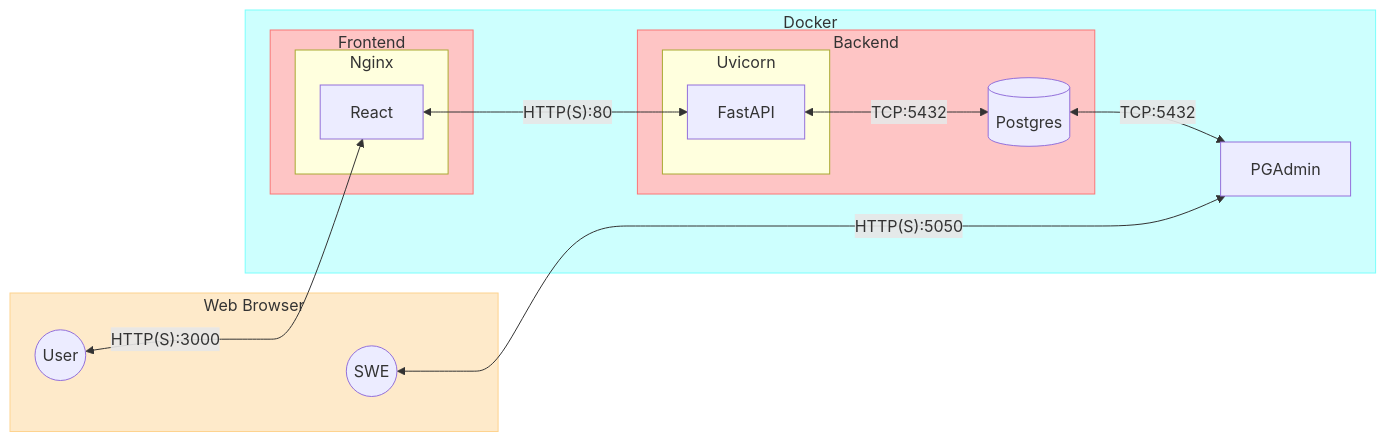
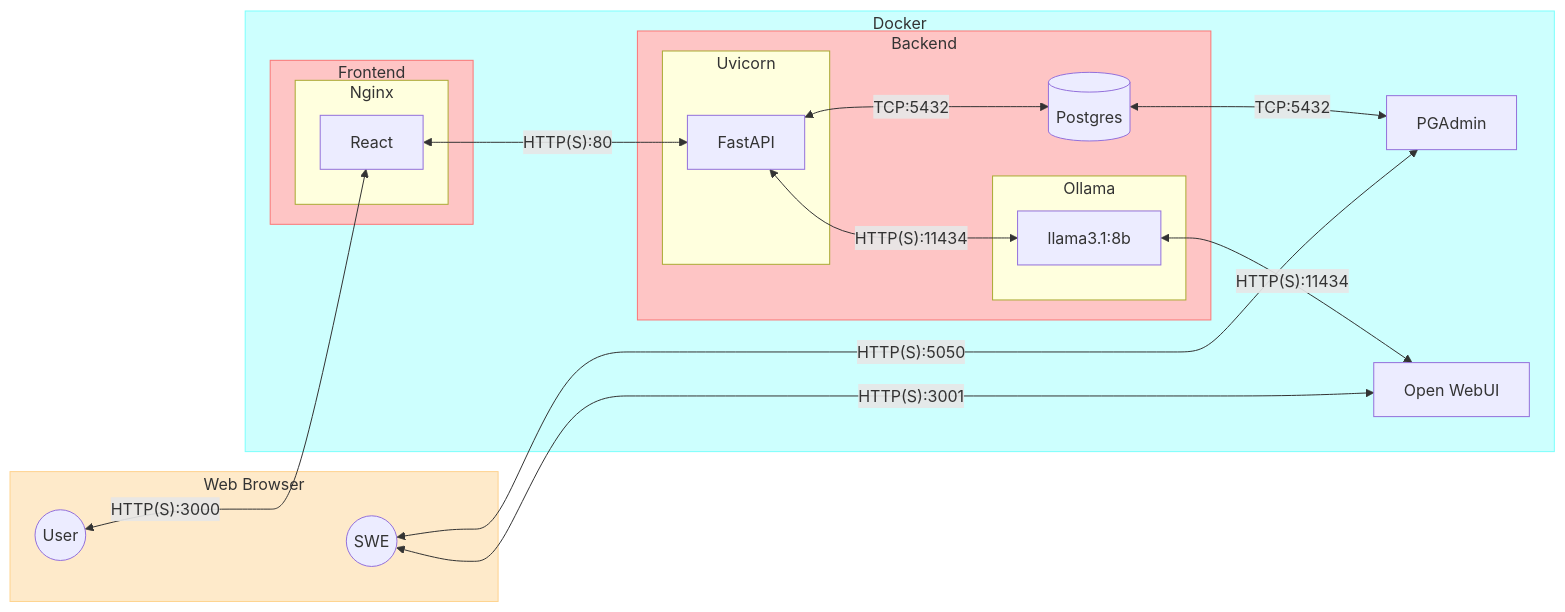
One commit to sambennett04/GutTheory changed the diagram in README.md. Above: the diagram before and after it, drawn with Mermaid. The commit also changed other lines of this file and 9 other files, not shown here.

Commit message:
Added container for Ollama and Openwebui, can now run llama 3.18b with front end.

````diff
--- a/README.md
+++ b/README.md
@@ -9,40 +9,47 @@
 ```mermaid
 flowchart LR;
 
     style Docker fill:#cdfffe,stroke:#7bfffc;
     style Frontend fill:#fec5c5,stroke:#fc7676;
     style Backend fill:#fec5c5,stroke:#fc7676;
     style WebBrowser fill:#feeaca,stroke:#fed38f;
     
     subgraph Docker
         subgraph Frontend
             subgraph Nginx
                 A[React]
             end
         end
 
         subgraph Backend
             subgraph Uvicorn
                 B[FastAPI]
             end
+            subgraph Ollama
+                E[llama3.1:8b]
+            end
 
             C[(Postgres)]
         end
         
         D[PGAdmin]
+        F[Open WebUI]
     end
     
     A<--"HTTP(S):80"-->B;
+    B<--"HTTP(S):11434"-->E;
     B<--"TCP:5432"-->C;
     C<--"TCP:5432"-->D;
+    E<--"HTTP(S):11434"-->F;
 
     subgraph WebBrowser["Web Browser"]
         User((User))
         SWE((SWE))
     end
 
     SWE<--"HTTP(S):5050"-->D;
+    SWE<--"HTTP(S):3001"-->F;
     User<--"HTTP(S):3000"-->A;
     User~~~SWE;
 
 ```
````
